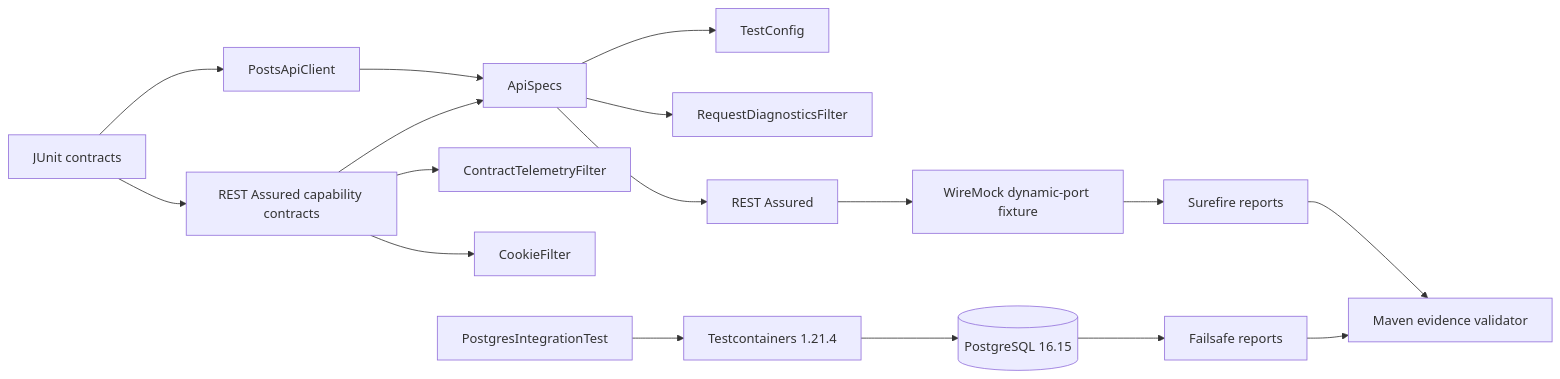
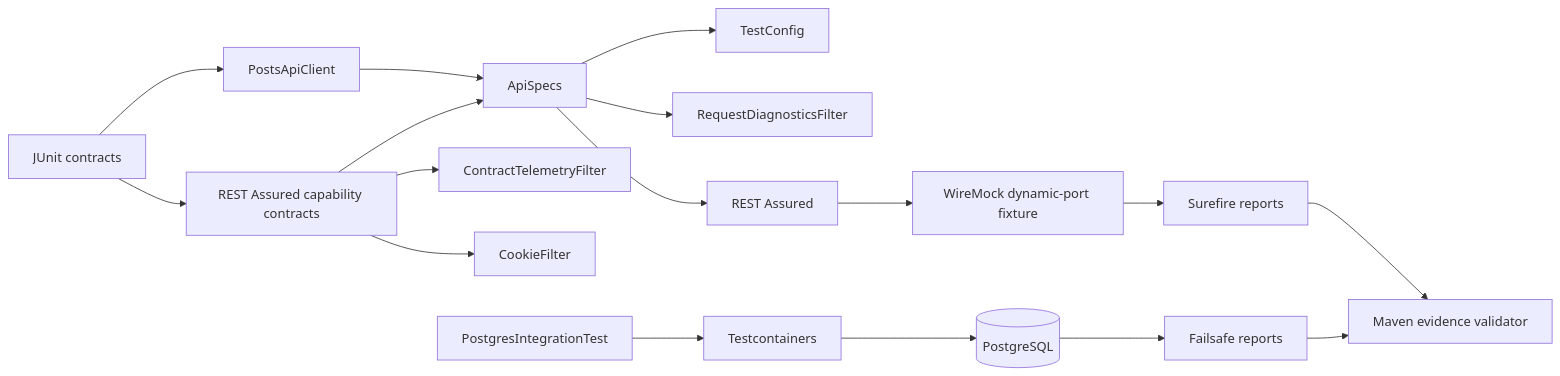
Before and after one commit to portyu9/qa-automation-java-restassured: the diagram in docs/ARCHITECTURE.md, drawn with Mermaid. The commit also changed other lines of this file and 5 other files, not shown here.

````diff
--- a/docs/ARCHITECTURE.md
+++ b/docs/ARCHITECTURE.md
@@ -9,21 +9,21 @@
 ```mermaid
 flowchart LR
     JUNIT[JUnit contracts] --> CLIENT[PostsApiClient]
     JUNIT --> NATIVE[REST Assured capability contracts]
     CLIENT --> SPECS[ApiSpecs]
     NATIVE --> SPECS
     SPECS --> CFG[TestConfig]
     SPECS --> DIAG[RequestDiagnosticsFilter]
     NATIVE --> TELE[ContractTelemetryFilter]
     NATIVE --> COOKIE[CookieFilter]
     SPECS --> RA[REST Assured]
     RA --> WM[WireMock dynamic-port fixture]
 
-    DB[PostgresIntegrationTest] --> TC[Testcontainers 1.21.4]
-    TC --> PG[(PostgreSQL 16.15)]
+    DB[PostgresIntegrationTest] --> TC[Testcontainers]
+    TC --> PG[(PostgreSQL)]
 
     WM --> SURE[Surefire reports]
     PG --> FAIL[Failsafe reports]
     SURE --> EVIDENCE[Maven evidence validator]
     FAIL --> EVIDENCE
 ```
````
